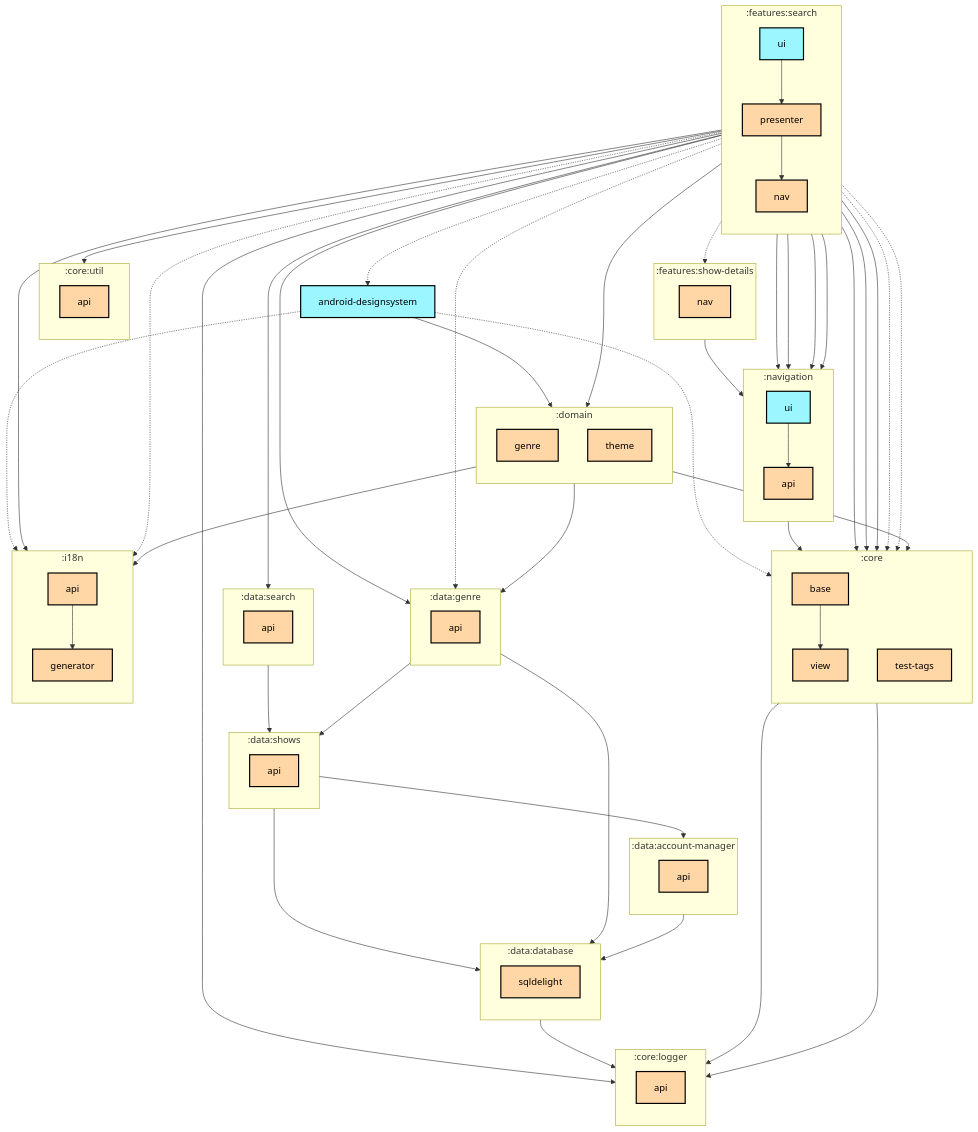
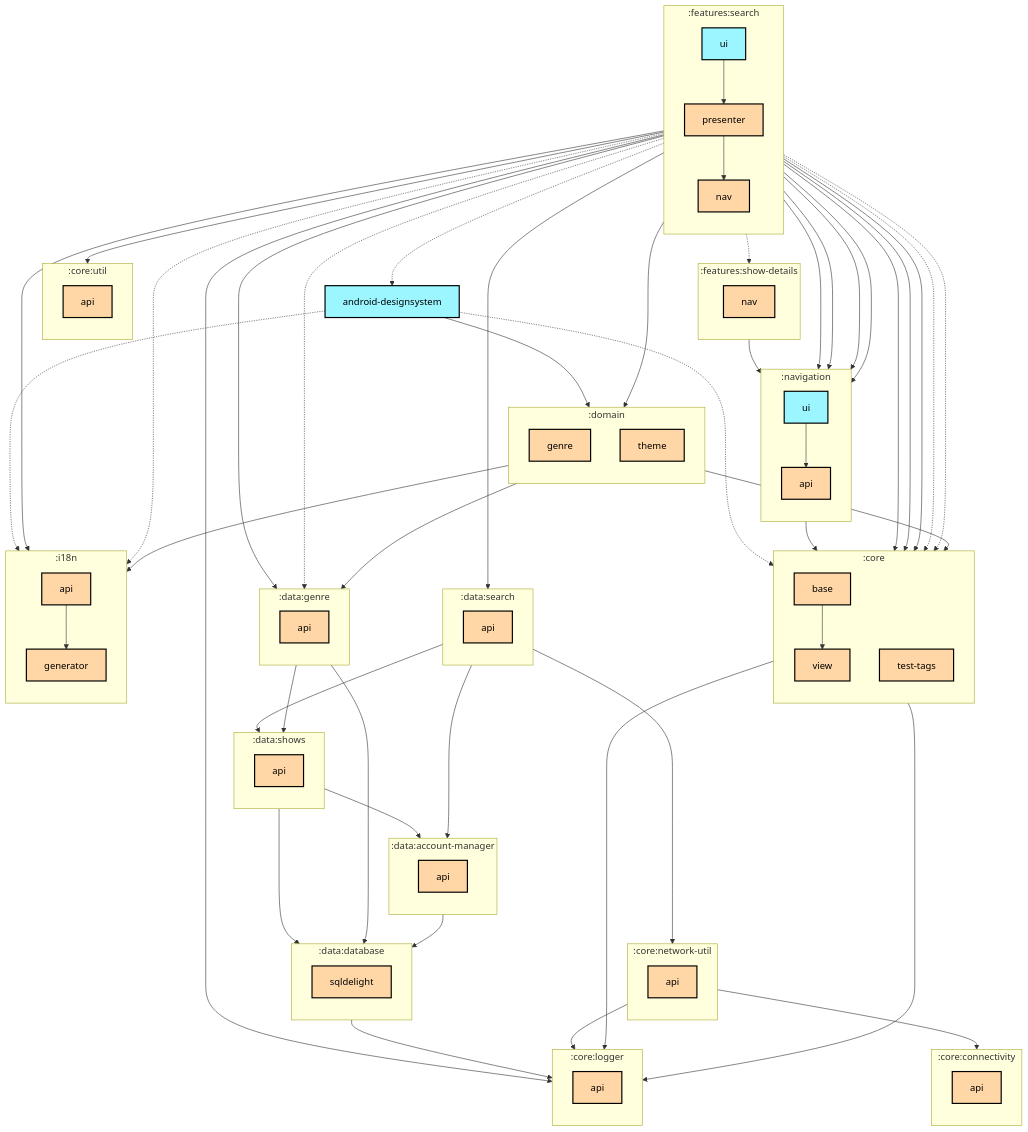
The first of 2 diagrams in features/search/ui/README.md (thomaskioko/tv-maniac), drawn with Mermaid before and after one commit. The commit also changed 62 other files, not shown here.

```diff
--- a/features/search/ui/README.md
+++ b/features/search/ui/README.md
@@ -12,9 +12,17 @@
     :core:test-tags[test-tags]:::multiplatform
     :core:view[view]:::multiplatform
   end
+  subgraph :core:connectivity
+    direction TB
+    :core:connectivity:api[api]:::multiplatform
+  end
   subgraph :core:logger
     direction TB
     :core:logger:api[api]:::multiplatform
+  end
+  subgraph :core:network-util
+    direction TB
+    :core:network-util:api[api]:::multiplatform
   end
   subgraph :core:util
     direction TB
@@ -71,11 +79,15 @@
   :android-designsystem -.-> :i18n:generator
   :core:base --> :core:logger:api
   :core:base --> :core:view
+  :core:network-util:api --> :core:connectivity:api
+  :core:network-util:api --> :core:logger:api
   :core:view --> :core:logger:api
   :data:account-manager:api --> :data:database:sqldelight
   :data:database:sqldelight --> :core:logger:api
   :data:genre:api --> :data:database:sqldelight
   :data:genre:api --> :data:shows:api
+  :data:search:api --> :core:network-util:api
+  :data:search:api --> :data:account-manager:api
   :data:search:api --> :data:shows:api
   :data:shows:api --> :data:account-manager:api
   :data:shows:api --> :data:database:sqldelight
```
